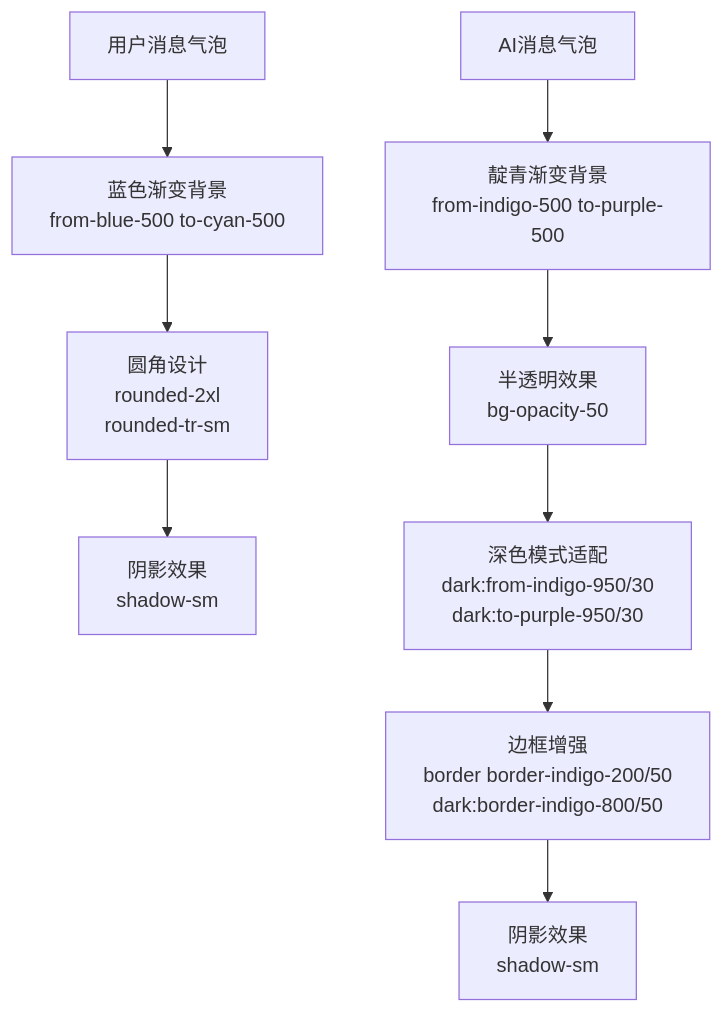
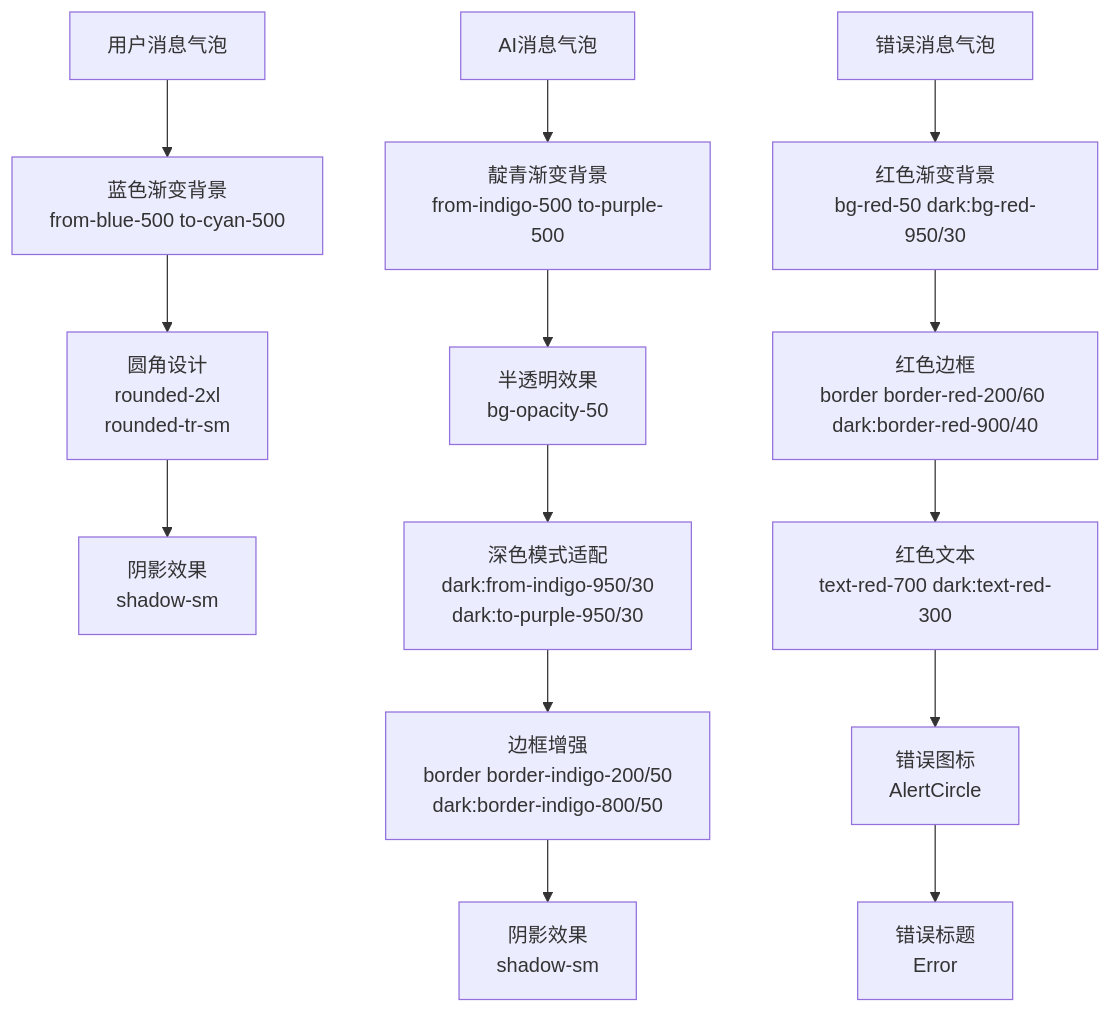
Before and after one commit to LRF0422/Kotion: diagram 13 of 17 in .qoder/repowiki/zh/content/功能模块/AI插件/AI聊天界面.md, drawn with Mermaid. The commit also changed other lines of this file and 34 other files, not shown here.

````diff
--- a/.qoder/repowiki/zh/content/功能模块/AI插件/AI聊天界面.md
+++ b/.qoder/repowiki/zh/content/功能模块/AI插件/AI聊天界面.md
@@ -599,11 +637,16 @@
 ```mermaid
 flowchart TD
 UserMsg["用户消息气泡"] --> BlueGradient["蓝色渐变背景<br/>from-blue-500 to-cyan-500"]
 BlueGradient --> RoundedCorners["圆角设计<br/>rounded-2xl<br/>rounded-tr-sm"]
 RoundedCorners --> Shadow["阴影效果<br/>shadow-sm"]
 AIMsg["AI消息气泡"] --> IndigoGradient["靛青渐变背景<br/>from-indigo-500 to-purple-500"]
 IndigoGradient --> Transparent["半透明效果<br/>bg-opacity-50"]
 Transparent --> DarkMode["深色模式适配<br/>dark:from-indigo-950/30<br/>dark:to-purple-950/30"]
 DarkMode --> Border["边框增强<br/>border border-indigo-200/50<br/>dark:border-indigo-800/50"]
 Border --> Shadow2["阴影效果<br/>shadow-sm"]
+ErrorMsg["错误消息气泡"] --> RedGradient["红色渐变背景<br/>bg-red-50 dark:bg-red-950/30"]
+RedGradient --> RedBorder["红色边框<br/>border border-red-200/60 dark:border-red-900/40"]
+RedBorder --> RedText["红色文本<br/>text-red-700 dark:text-red-300"]
+RedText --> ErrorIcon["错误图标<br/>AlertCircle"]
+ErrorIcon --> ErrorTitle["错误标题<br/>Error"]
 ```
````
